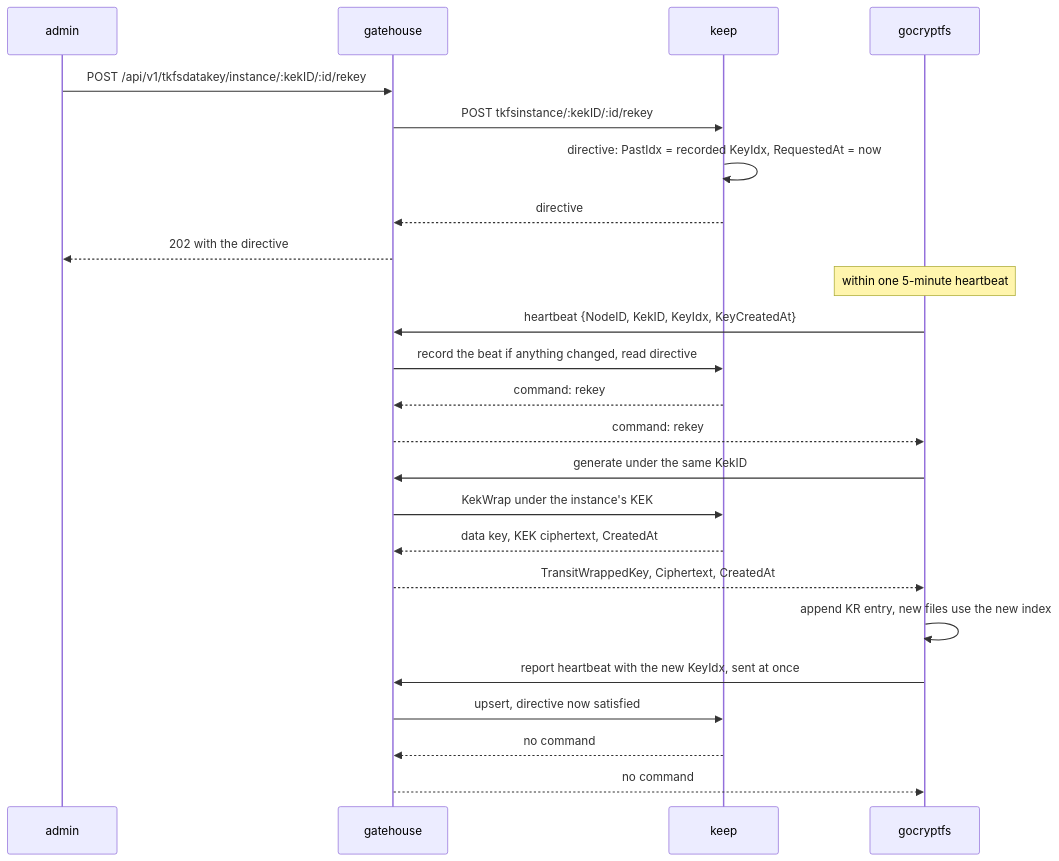
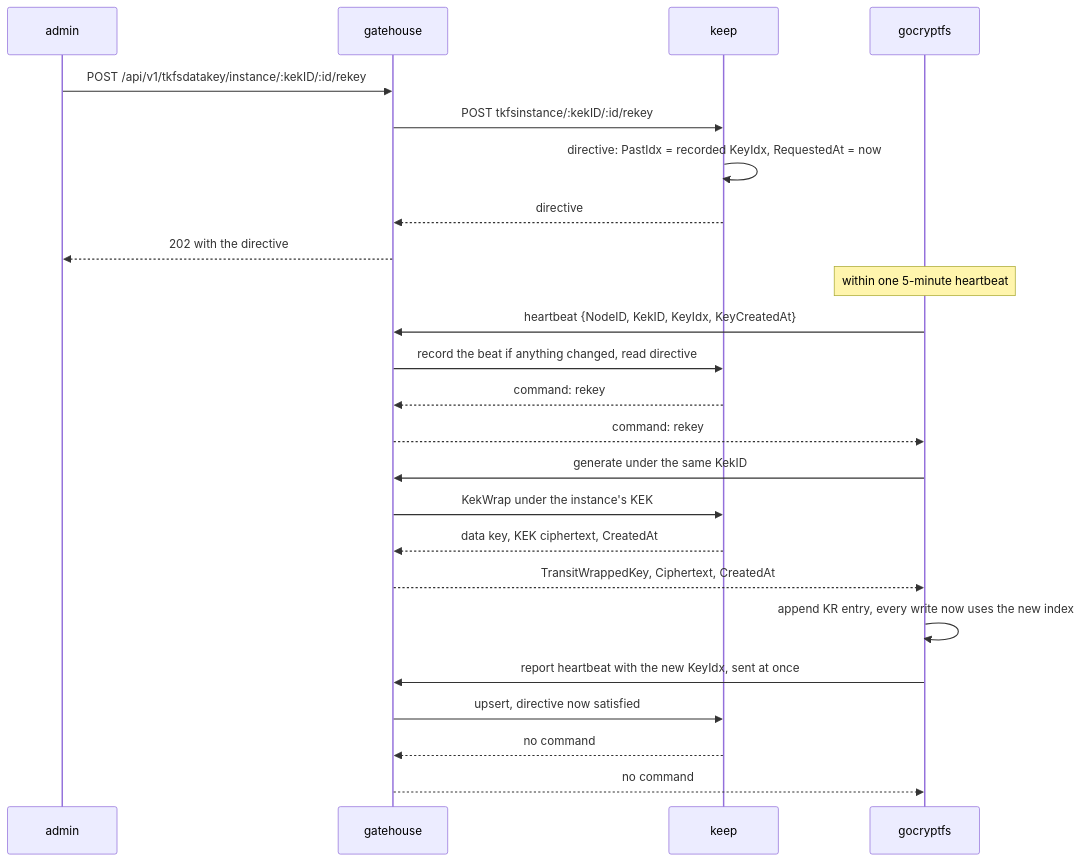
Before and after one commit to TrustedKeep/gocryptfs: the fifth of 7 diagrams in Documentation/tkfs-v2-review-guide.md, drawn with Mermaid. The commit also changed other lines of this file and 16 other files, not shown here.

First line of the commit message:
[TK-1082] fix(tkfs): name the key on every data block, so every write uses the current key

````diff
--- a/Documentation/tkfs-v2-review-guide.md
+++ b/Documentation/tkfs-v2-review-guide.md
@@ -211,26 +211,26 @@
 ```mermaid
 sequenceDiagram
   participant A as admin
   participant G as gatehouse
   participant K as keep
   participant T as gocryptfs
   A->>G: POST /api/v1/tkfsdatakey/instance/:kekID/:id/rekey
   G->>K: POST tkfsinstance/:kekID/:id/rekey
   K->>K: directive: PastIdx = recorded KeyIdx, RequestedAt = now
   K-->>G: directive
   G-->>A: 202 with the directive
   Note over T: within one 5-minute heartbeat
   T->>G: heartbeat {NodeID, KekID, KeyIdx, KeyCreatedAt}
   G->>K: record the beat if anything changed, read directive
   K-->>G: command: rekey
   G-->>T: command: rekey
   T->>G: generate under the same KekID
   G->>K: KekWrap under the instance's KEK
   K-->>G: data key, KEK ciphertext, CreatedAt
   G-->>T: TransitWrappedKey, Ciphertext, CreatedAt
-  T->>T: append KR entry, new files use the new index
+  T->>T: append KR entry, every write now uses the new index
   T->>G: report heartbeat with the new KeyIdx, sent at once
   G->>K: upsert, directive now satisfied
   K-->>G: no command
   G-->>T: no command
 ```
````
